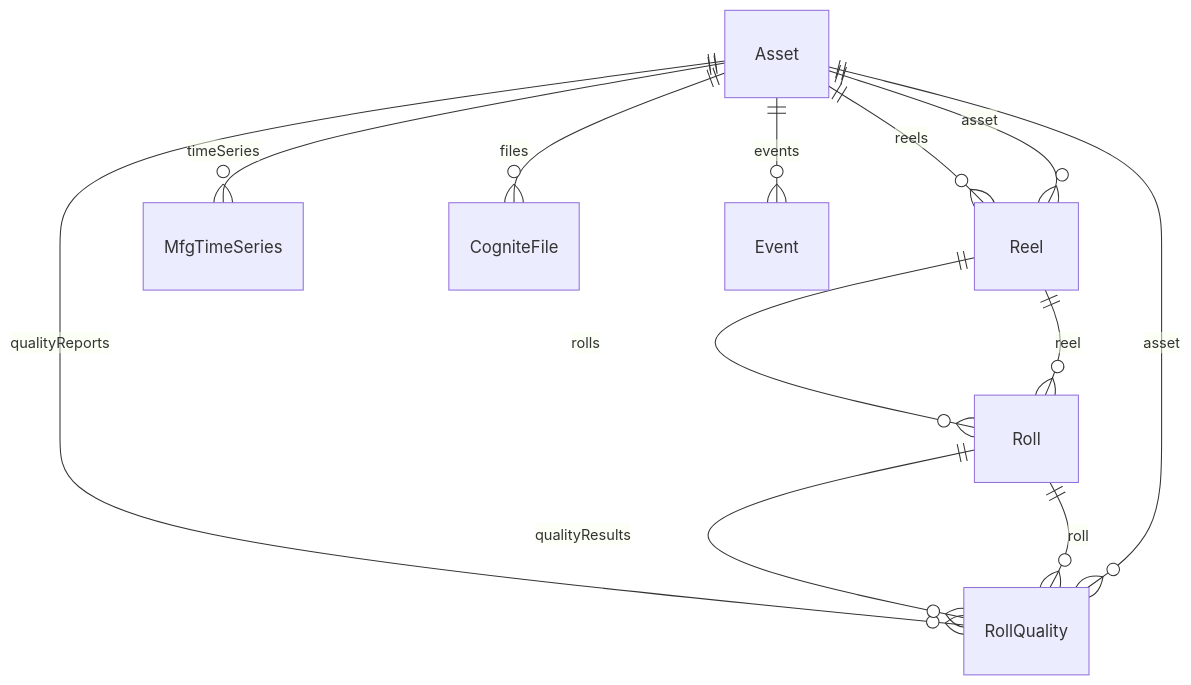
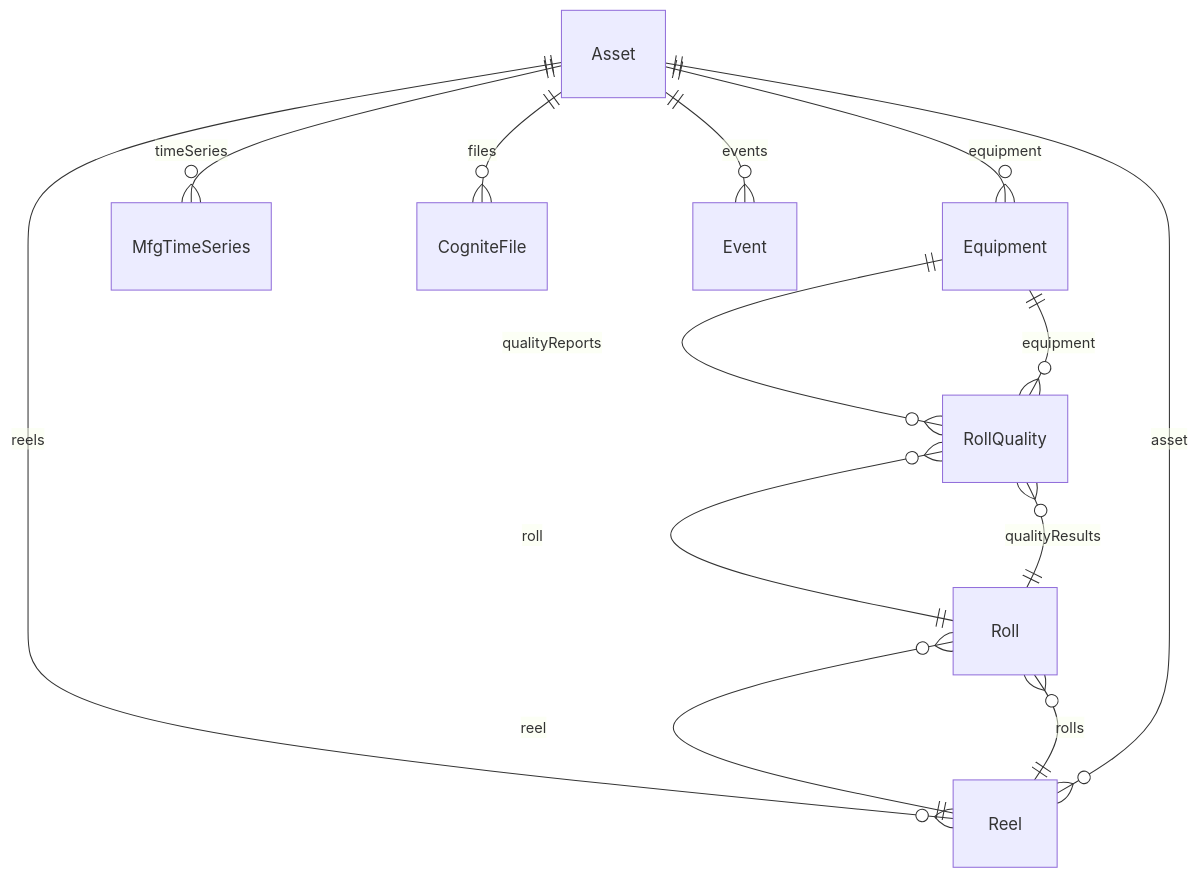
The second of 3 diagrams in docs/reference/data-model/MFG_CORE_WITH_EQUIPMENT.md (fbarsoba-cognite/sylvamo-project-documentation), drawn with Mermaid before and after one commit. The commit also changed other lines of this file, not shown here.

First line of the commit message:
docs: Add Equipment container approach for quality linkage

````diff
--- a/docs/reference/data-model/MFG_CORE_WITH_EQUIPMENT.md
+++ b/docs/reference/data-model/MFG_CORE_WITH_EQUIPMENT.md
@@ -28,14 +35,15 @@
 ```mermaid
 erDiagram
+    Asset ||--o{ Equipment : equipment
     Asset ||--o{ Reel : reels
     Asset ||--o{ MfgTimeSeries : timeSeries
     Asset ||--o{ CogniteFile : files
     Asset ||--o{ Event : events
-    Asset ||--o{ RollQuality : qualityReports
+    Equipment ||--o{ RollQuality : qualityReports
     Reel ||--o{ Roll : rolls
     Reel }o--|| Asset : asset
     Roll ||--o{ RollQuality : qualityResults
     Roll }o--|| Reel : reel
     RollQuality }o--|| Roll : roll
-    RollQuality }o--|| Asset : asset
+    RollQuality }o--|| Equipment : equipment
 ```
````
